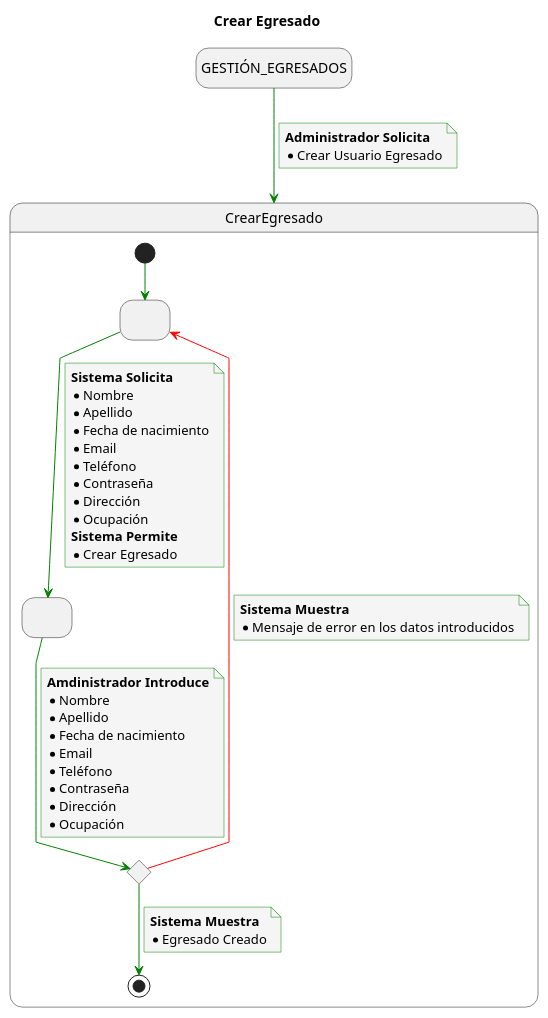
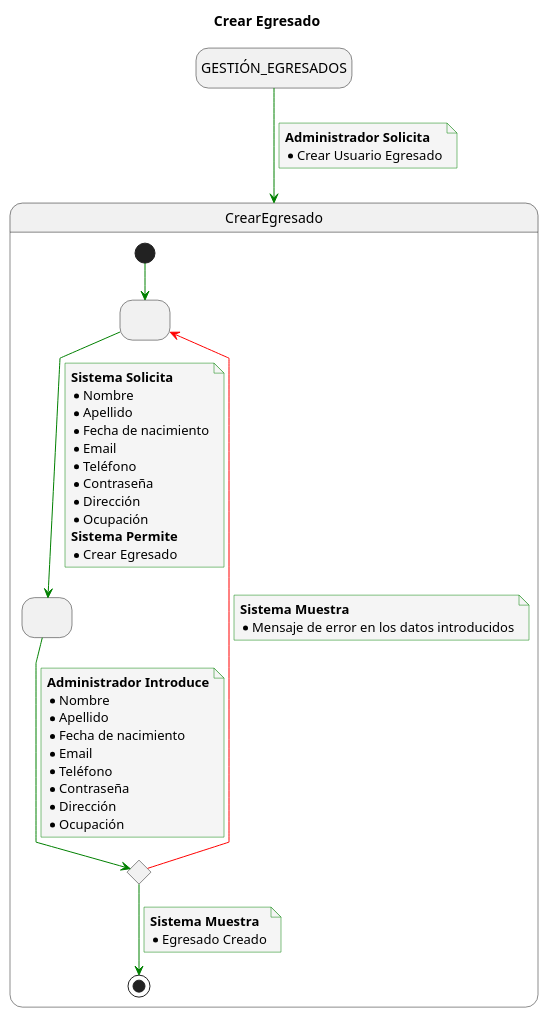
The diagram in Caso_de_Uso/Casos_de_Uso/Usuarios/Administrador/CRUD_Egresados/Crear_Egresado/Caso_de_Uso.puml (mmasias/23-24-IdSw1-SDR), drawn with PlantUML before and after one commit. The commit also changed 63 other files, not shown here.

```diff
--- a/Caso_de_Uso/Casos_de_Uso/Usuarios/Administrador/CRUD_Egresados/Crear_Egresado/Caso_de_Uso.puml
+++ b/Caso_de_Uso/Casos_de_Uso/Usuarios/Administrador/CRUD_Egresados/Crear_Egresado/Caso_de_Uso.puml
@@ -1,69 +1,69 @@
 @startuml
 title Crear Egresado
 
 skinparam {
     NoteBackgroundColor #whiteSmoke
     ArrowColor #green
     NoteBorderColor #green
     linetype polyline
 }
 
 hide empty description
 
 state startState as "GESTIÓN_EGRESADOS"
 
 startState --> CrearEgresado
 note on link
     <b>Administrador Solicita</b>
     * Crear Usuario Egresado
 end note
 
 state CrearEgresado {
 state 2 as " "
 state 3 as " "
 state 4 <<choice>>
 
 [*] -down-> 2
 
 2 -down-> 3
 note on link
 <b>Sistema Solicita</b>
 * Nombre
 * Apellido
 * Fecha de nacimiento
 * Email
 * Teléfono
 * Contraseña
 * Dirección
 * Ocupación
 <b>Sistema Permite</b>
 * Crear Egresado
 end note
 
 3 -down-> 4
 note on link
-<b>Amdinistrador Introduce</b>
+<b>Administrador Introduce</b>
 * Nombre
 * Apellido
 * Fecha de nacimiento
 * Email
 * Teléfono
 * Contraseña
 * Dirección
 * Ocupación
 end note
 
 4 -down-> [*]
 note on link
 <b>Sistema Muestra</b>
 * Egresado Creado
 end note
 
 4 -[#red]-> 2
 note on link
 <b>Sistema Muestra</b>
 * Mensaje de error en los datos introducidos
 end note
 
 }
 @enduml
```
